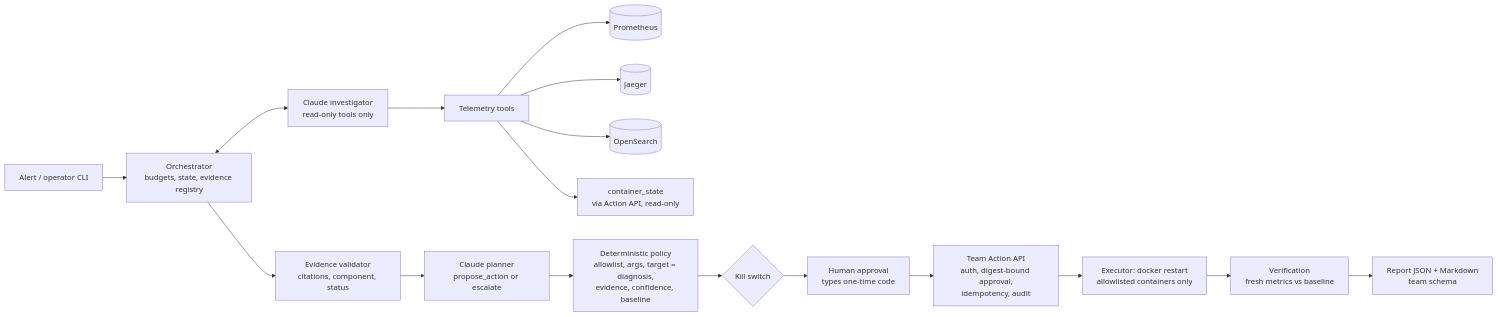
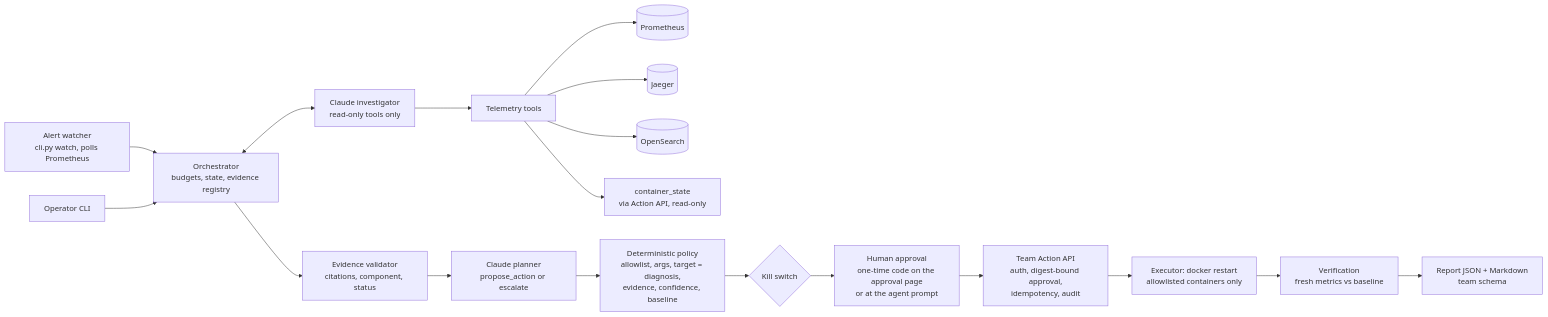
Before and after one commit to harsha135135/opentelemetry-demo-Team_6: the diagram in docs/ARCHITECTURE.md, drawn with Mermaid. The commit also changed other lines of this file and 19 other files, not shown here.

First line of the commit message:
incident-agent: alert watcher, browser approval page, Grafana approval links

````diff
--- a/docs/ARCHITECTURE.md
+++ b/docs/ARCHITECTURE.md
@@ -7,17 +7,18 @@
 ```mermaid
 flowchart LR
-    A[Alert / operator CLI] --> O[Orchestrator<br/>budgets, state, evidence registry]
+    W[Alert watcher<br/>cli.py watch, polls Prometheus] --> O
+    A[Operator CLI] --> O[Orchestrator<br/>budgets, state, evidence registry]
     O <--> L[Claude investigator<br/>read-only tools only]
     L --> T[Telemetry tools]
     T --> P[(Prometheus)] & J[(Jaeger)] & S[(OpenSearch)]
     T --> CS[container_state<br/>via Action API, read-only]
     O --> V1[Evidence validator<br/>citations, component, status]
     V1 --> PL[Claude planner<br/>propose_action or escalate]
     PL --> POL[Deterministic policy<br/>allowlist, args, target = diagnosis,<br/>evidence, confidence, baseline]
     POL --> KS{Kill switch}
-    KS --> AP[Human approval<br/>types one-time code]
+    KS --> AP[Human approval<br/>one-time code on the approval page<br/>or at the agent prompt]
     AP --> API[Team Action API<br/>auth, digest-bound approval,<br/>idempotency, audit]
     API --> EX[Executor: docker restart<br/>allowlisted containers only]
     EX --> VR[Verification<br/>fresh metrics vs baseline]
     VR --> R[Report JSON + Markdown<br/>team schema]
 ```
````
